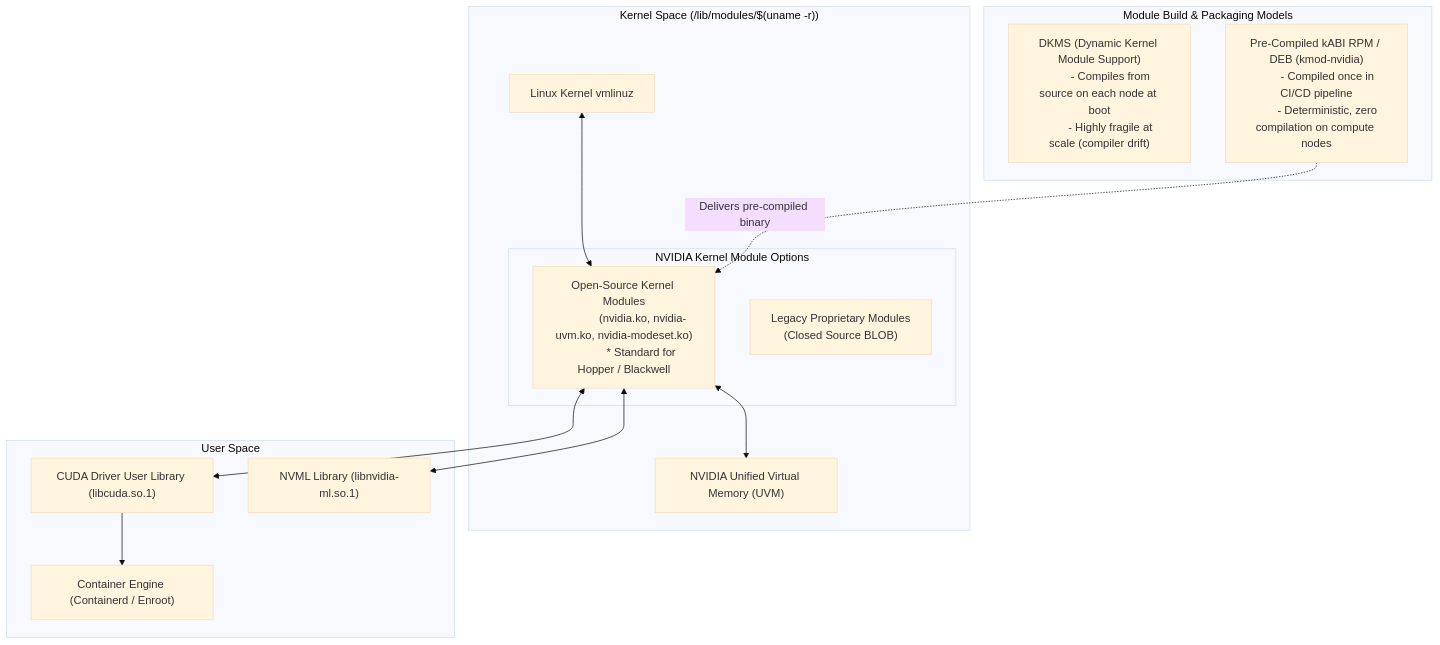
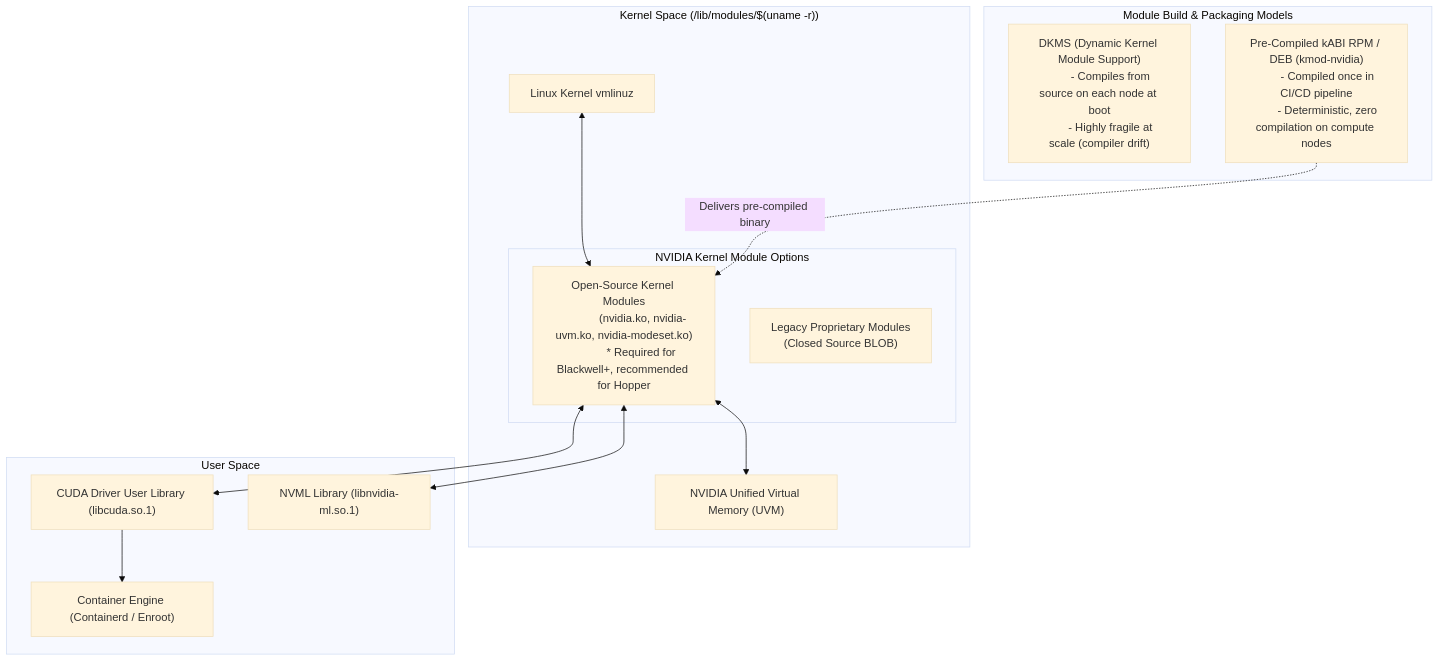
The second of 2 diagrams in docs/volume-10/03-os-provisioning-and-linux-security-hardening.md (jithinpnjm/nvidia-devops), drawn with Mermaid (base theme) before and after one commit. The commit also changed other lines of this file and 289 other files, not shown here.

````diff
--- a/docs/volume-10/03-os-provisioning-and-linux-security-hardening.md
+++ b/docs/volume-10/03-os-provisioning-and-linux-security-hardening.md
@@ -185,40 +186,40 @@
 ```mermaid
 flowchart TD
     subgraph KernelSpace["Kernel Space (/lib/modules/$(uname -r))"]
         VMLINUX["Linux Kernel vmlinuz"]
         
         subgraph DriverOptions["NVIDIA Kernel Module Options"]
             OPEN_MOD["Open-Source Kernel Modules
             (nvidia.ko, nvidia-uvm.ko, nvidia-modeset.ko)
-            * Standard for Hopper / Blackwell"]
+            * Required for Blackwell+, recommended for Hopper"]
             
             CLOSED_MOD["Legacy Proprietary Modules
             (Closed Source BLOB)"]
         end
         
         UVM["NVIDIA Unified Virtual Memory (UVM)"]
     end
 
     subgraph DeliveryMechanisms["Module Build & Packaging Models"]
         DKMS["DKMS (Dynamic Kernel Module Support)
         - Compiles from source on each node at boot
         - Highly fragile at scale (compiler drift)"]
         
         KMOD["Pre-Compiled kABI RPM / DEB (kmod-nvidia)
         - Compiled once in CI/CD pipeline
         - Deterministic, zero compilation on compute nodes"]
     end
 
     subgraph UserSpace["User Space"]
         CUDA_LIB["CUDA Driver User Library (libcuda.so.1)"]
         NVML_LIB["NVML Library (libnvidia-ml.so.1)"]
         CONTAINER["Container Engine (Containerd / Enroot)"]
     end
 
     VMLINUX <--> OPEN_MOD
     OPEN_MOD <--> UVM
     OPEN_MOD <--> CUDA_LIB
     OPEN_MOD <--> NVML_LIB
     KMOD -.->|Delivers pre-compiled binary| OPEN_MOD
     CUDA_LIB --> CONTAINER
 ```
````
